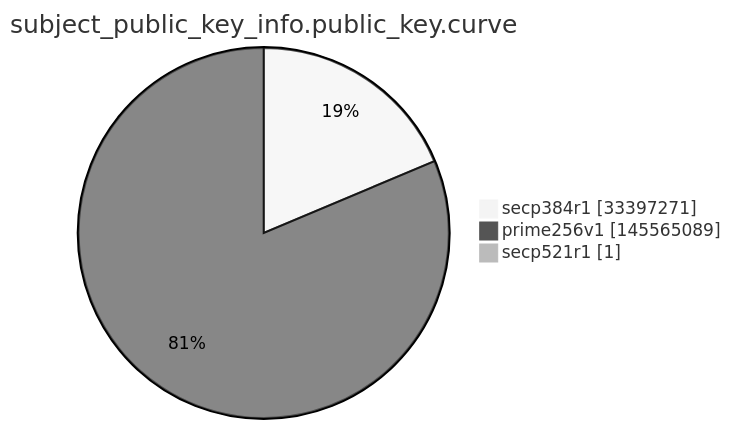
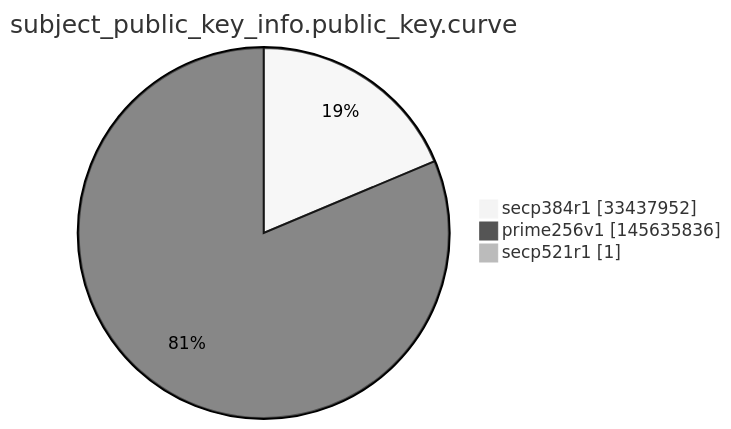
The ninth of 15 diagrams in argon2022/README.md (christiankrug/ctmonitor_visualization), drawn with Mermaid (neutral theme) before and after one commit. The commit also changed other lines of this file, not shown here.

````diff
--- a/argon2022/README.md
+++ b/argon2022/README.md
@@ -2764,7 +2764,7 @@
 ```mermaid
 pie showData
 title subject_public_key_info.public_key.curve
-"secp384r1" :33397271
-"prime256v1" :145565089
+"secp384r1" :33437952
+"prime256v1" :145635836
 "secp521r1" :1
 ```
````
